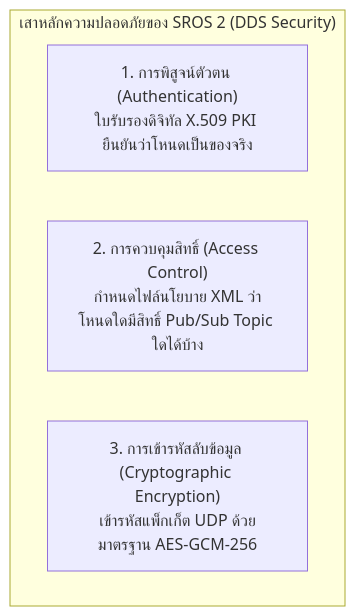
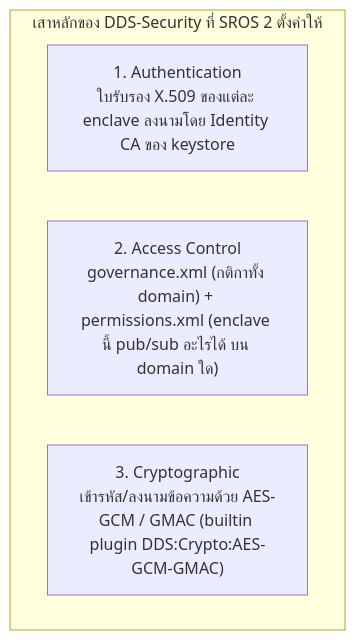
One commit to alfaXphoori/ros2 changed the second of 3 diagrams in Advanced_ROS/05_Production_CI_CD_Security/README.md. Above: the diagram before and after it, drawn with Mermaid. The commit also changed other lines of this file and 425 other files, not shown here.

````diff
--- a/Advanced_ROS/05_Production_CI_CD_Security/README.md
+++ b/Advanced_ROS/05_Production_CI_CD_Security/README.md
@@ -56,8 +83,8 @@
 ```mermaid
 flowchart TD
-    subgraph Security_Triad ["เสาหลักความปลอดภัยของ SROS 2 (DDS Security)"]
-        Auth["1. การพิสูจน์ตัวตน (Authentication)<br>ใบรับรองดิจิทัล X.509 PKI ยืนยันว่าโหนดเป็นของจริง"]
-        Access["2. การควบคุมสิทธิ์ (Access Control)<br>กำหนดไฟล์นโยบาย XML ว่าโหนดใดมีสิทธิ์ Pub/Sub Topic ใดได้บ้าง"]
-        Crypto["3. การเข้ารหัสลับข้อมูล (Cryptographic Encryption)<br>เข้ารหัสแพ็กเก็ต UDP ด้วยมาตรฐาน AES-GCM-256"]
+    subgraph Security_Triad ["เสาหลักของ DDS-Security ที่ SROS 2 ตั้งค่าให้"]
+        Auth["1. Authentication<br>ใบรับรอง X.509 ของแต่ละ enclave ลงนามโดย Identity CA ของ keystore"]
+        Access["2. Access Control<br>governance.xml (กติกาทั้ง domain) + permissions.xml (enclave นี้ pub/sub อะไรได้ บน domain ใด)"]
+        Crypto["3. Cryptographic<br>เข้ารหัส/ลงนามข้อความด้วย AES-GCM / GMAC (builtin plugin DDS:Crypto:AES-GCM-GMAC)"]
     end
 ```
````
